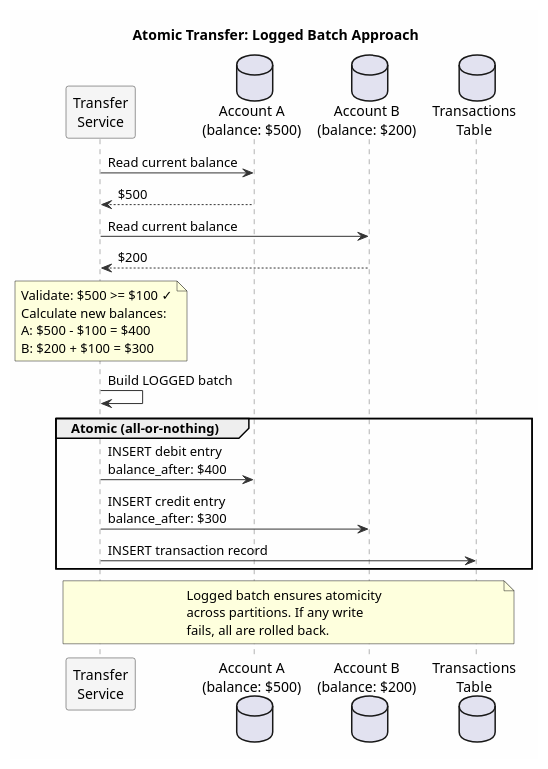
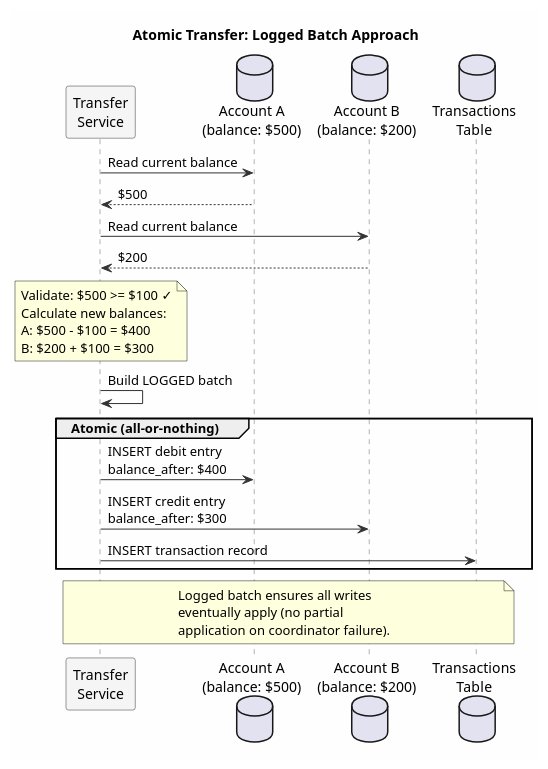
Before and after one commit to axonops/documentation: the second of 4 diagrams in docs/data-platforms/cassandra/application-development/patterns/ledger.md, drawn with PlantUML. The commit also changed other lines of this file and 262 other files, not shown here.

````diff
--- a/docs/data-platforms/cassandra/application-development/patterns/ledger.md
+++ b/docs/data-platforms/cassandra/application-development/patterns/ledger.md
@@ -173,45 +173,45 @@
 ```plantuml
 @startuml
 skinparam backgroundColor #FEFEFE
 skinparam sequence {
     ArrowColor #333333
     LifeLineBorderColor #666666
     ParticipantBackgroundColor #F5F5F5
     ParticipantBorderColor #333333
 }
 
 title Atomic Transfer: Logged Batch Approach
 
 participant "Transfer\nService" as svc
 database "Account A\n(balance: $500)" as acctA
 database "Account B\n(balance: $200)" as acctB
 database "Transactions\nTable" as txn
 
 svc -> acctA : Read current balance
 acctA --> svc : $500
 
 svc -> acctB : Read current balance
 acctB --> svc : $200
 
 note over svc
 Validate: $500 >= $100 ✓
 Calculate new balances:
 A: $500 - $100 = $400
 B: $200 + $100 = $300
 end note
 
 svc -> svc : Build LOGGED batch
 
 group Atomic (all-or-nothing)
     svc -> acctA : INSERT debit entry\nbalance_after: $400
     svc -> acctB : INSERT credit entry\nbalance_after: $300
     svc -> txn : INSERT transaction record
 end
 
 note over svc, txn
-Logged batch ensures atomicity
-across partitions. If any write
-fails, all are rolled back.
+Logged batch ensures all writes
+eventually apply (no partial
+application on coordinator failure).
 end note
 @enduml
 ```
````
